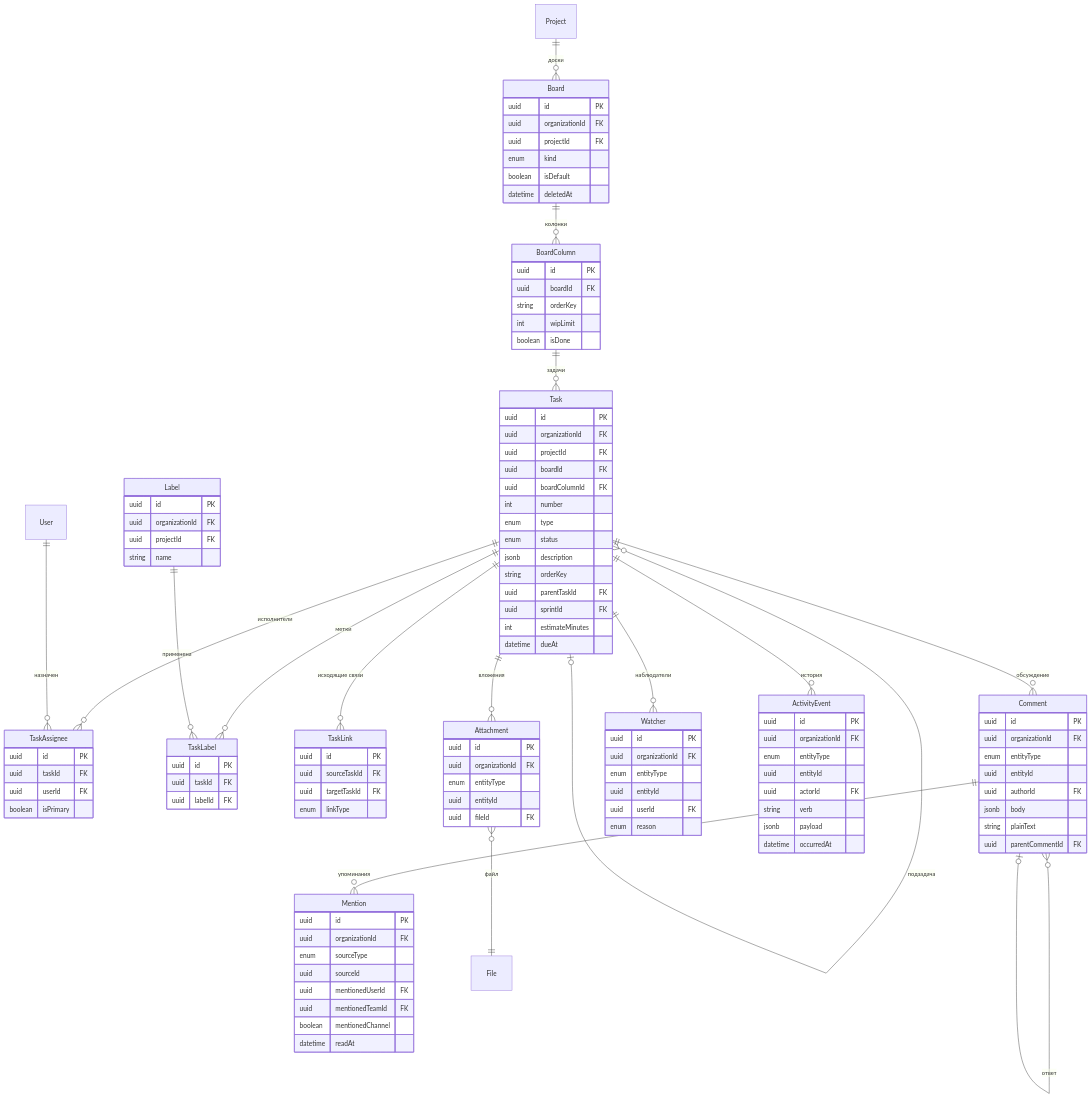
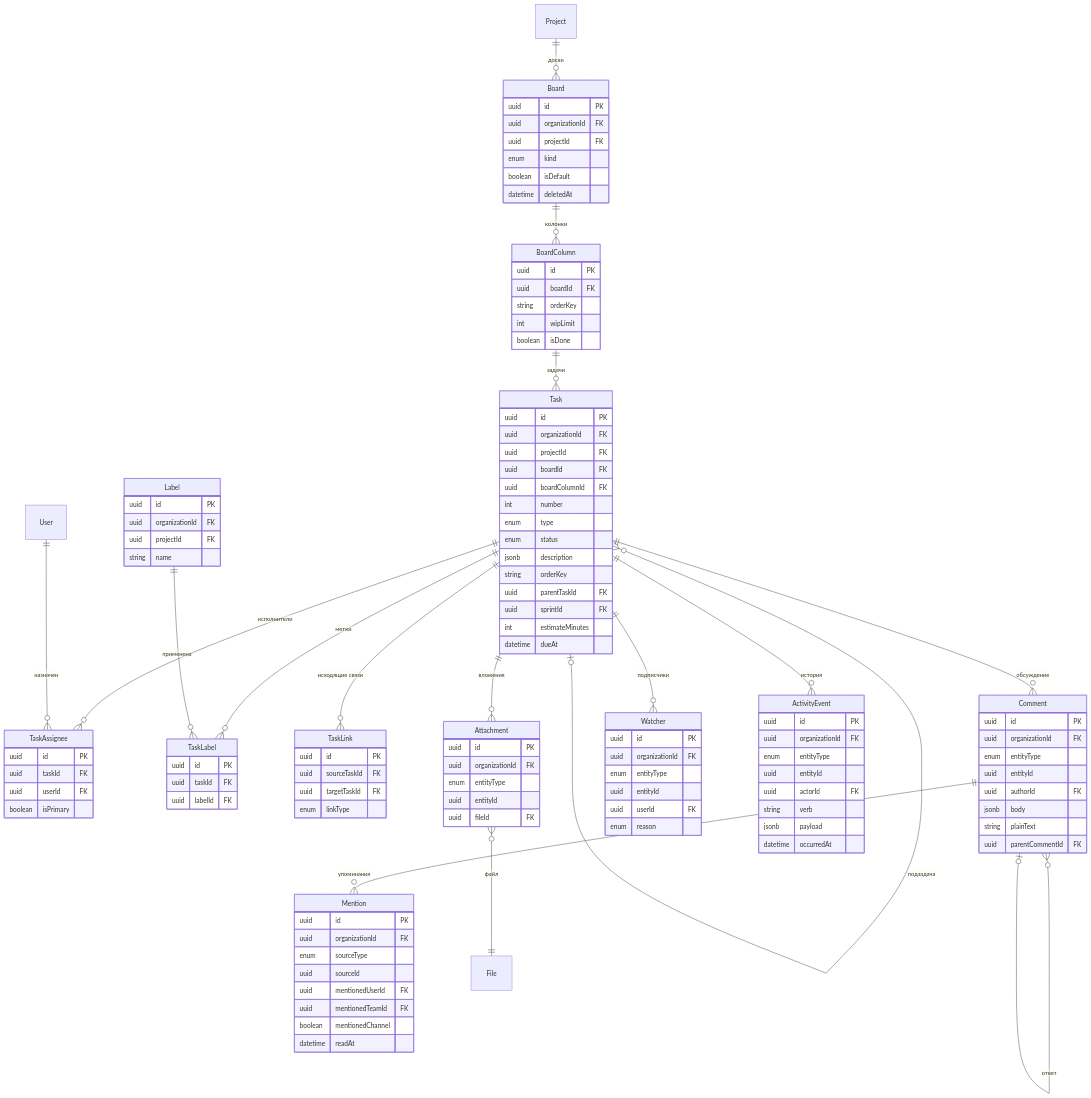
One commit to code0verdose/bad-crm changed the fourth of 15 diagrams in docs/architecture/data-model.md. Above: the diagram before and after it, drawn with Mermaid. The commit also changed other lines of this file and 4 other files, not shown here.

```diff
--- a/docs/architecture/data-model.md
+++ b/docs/architecture/data-model.md
@@ -1127,7 +1127,7 @@
     Comment ||--o{ Mention : "упоминания"
     Task ||--o{ Attachment : "вложения"
     Attachment }o--|| File : "файл"
-    Task ||--o{ Watcher : "наблюдатели"
+    Task ||--o{ Watcher : "подписчики"
     Task ||--o{ ActivityEvent : "история"
 
     Board {
```
